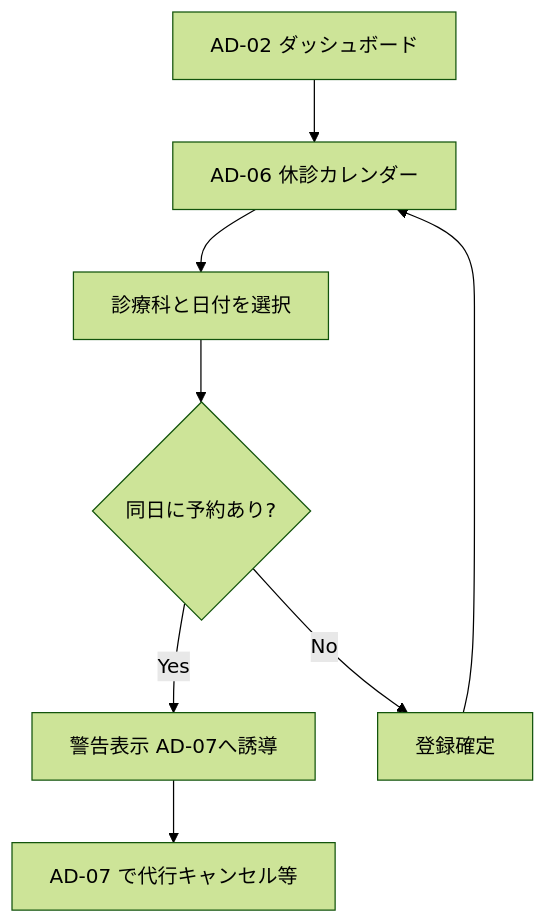
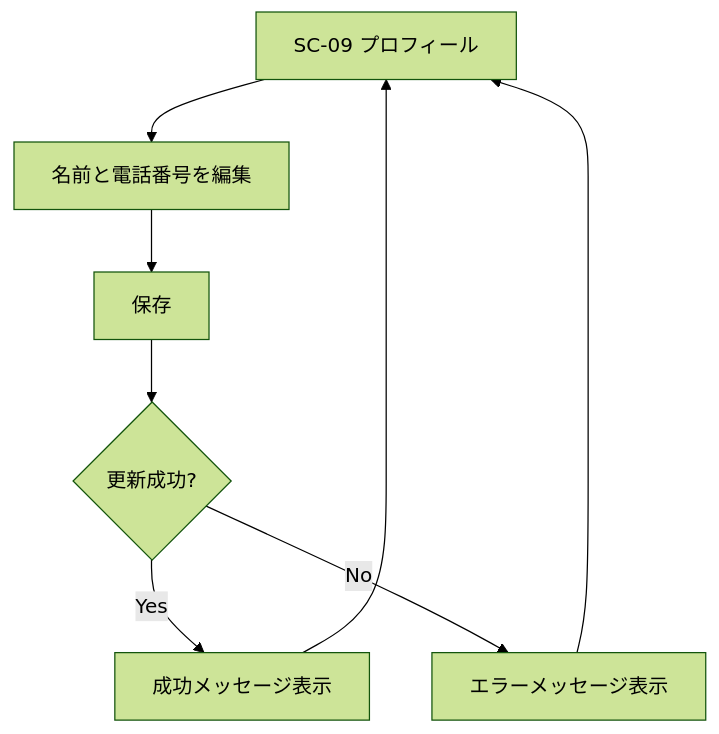
One commit to ryoga0/Calendar changed the eighth of 8 diagrams in docs/04_画面フロー図.md. Above: the diagram before and after it, drawn with Mermaid (forest theme). The commit also changed other lines of this file and 50 other files, not shown here.

````diff
--- a/docs/04_画面フロー図.md
+++ b/docs/04_画面フロー図.md
@@ -196,10 +167,10 @@
 ```mermaid
 flowchart TD
-  AD02[AD-02 ダッシュボード] --> AD06[AD-06 休診カレンダー]
-  AD06 --> SEL[診療科と日付を選択]
-  SEL --> WARN{同日に予約あり?}
-  WARN -->|Yes| NOTE[警告表示 AD-07へ誘導]
-  WARN -->|No| OK[登録確定]
-  NOTE --> AD07[AD-07 で代行キャンセル等]
-  OK --> AD06
+  A[SC-09 プロフィール] --> B[名前と電話番号を編集]
+  B --> C[保存]
+  C --> D{更新成功?}
+  D -->|Yes| E[成功メッセージ表示]
+  D -->|No| F[エラーメッセージ表示]
+  E --> A
+  F --> A
 ```
````
